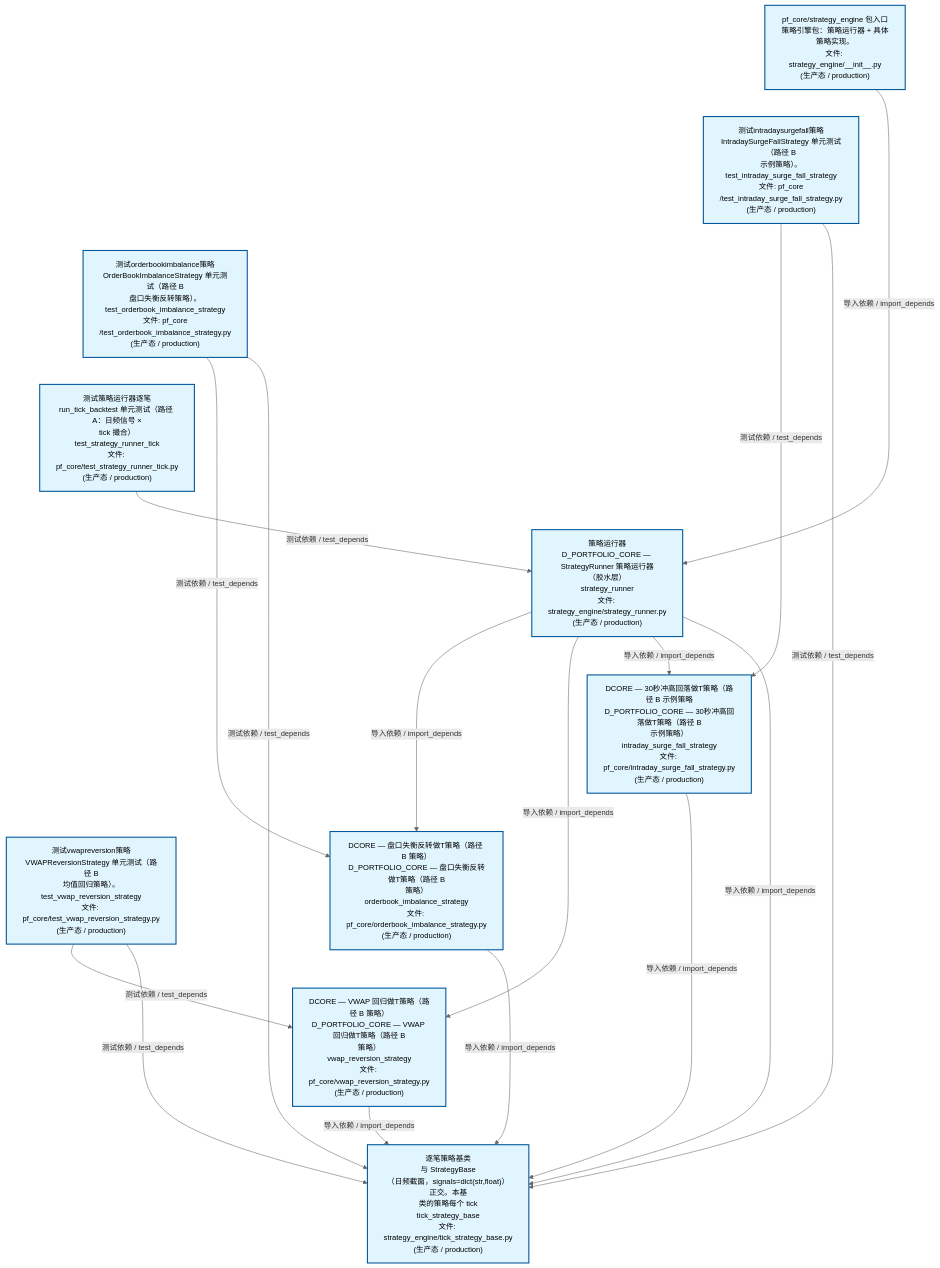
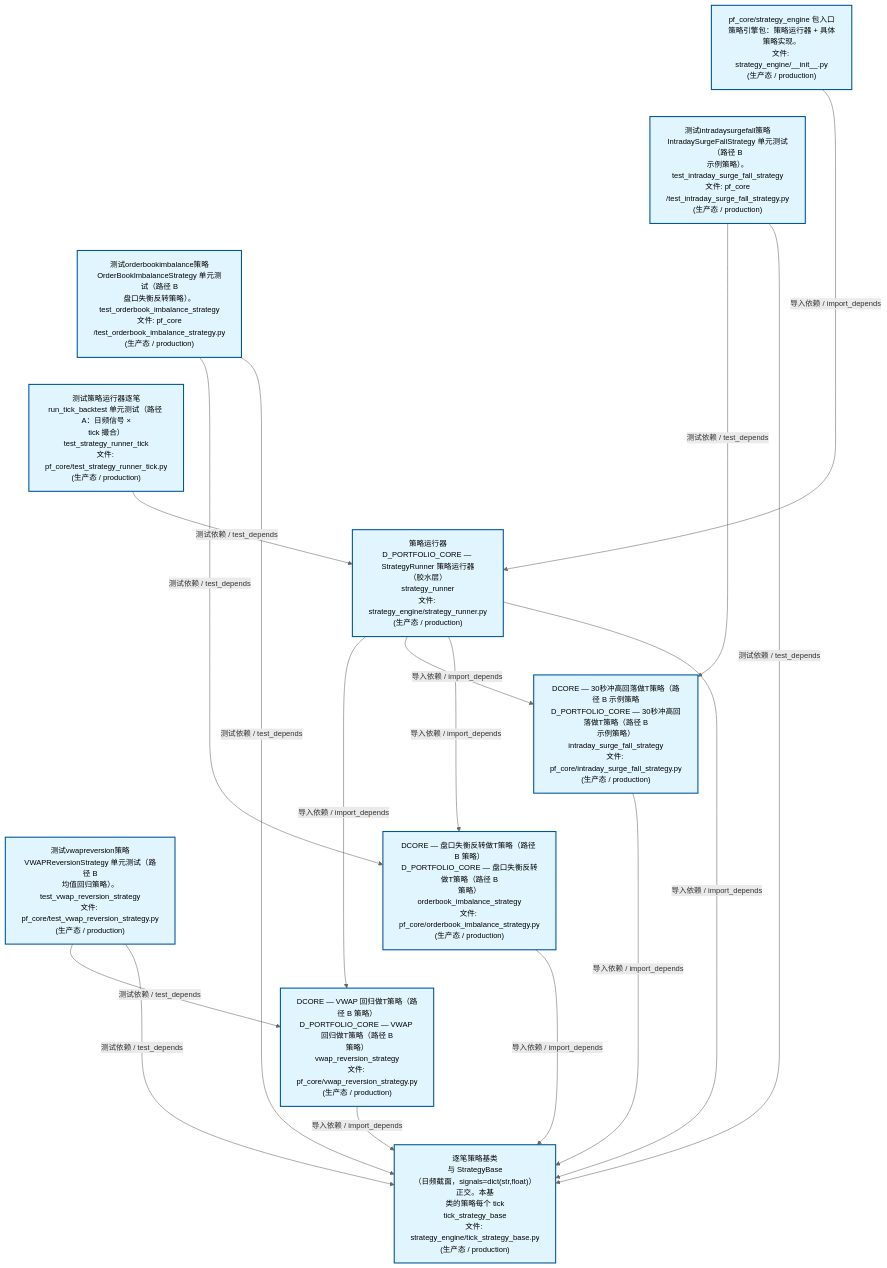
One commit to xuanFelixVan/ZephyrAlpha changed the second of 4 diagrams in docs/02_enterprise_architecture/02_domain_architecture_docs/63_d_pf_core.md. Above: the diagram before and after it, drawn with Mermaid. The commit also changed other lines of this file and 37 other files, not shown here.

````diff
--- a/docs/02_enterprise_architecture/02_domain_architecture_docs/63_d_pf_core.md
+++ b/docs/02_enterprise_architecture/02_domain_architecture_docs/63_d_pf_core.md
@@ -135,40 +135,40 @@
 ```mermaid
 %%{init: {'theme': 'base', 'themeVariables': {'primaryColor': '#eaeaea', 'primaryTextColor': '#333333', 'primaryBorderColor': '#666666', 'lineColor': '#666666', 'secondaryColor': '#eaeaea', 'tertiaryColor': '#eaeaea', 'fontSize': '14px'}}}%%
 flowchart TD
     src_zephyr_pf_core_strategy_engine_init_py["pf_core/strategy_engine 包入口<br/>策略引擎包：策略运行器 + 具体策略实现。<br/>文件: strategy_engine/__init__.py<br/>(生产态 / production)"]
     tests_pf_core_test_intraday_surge_fall_strategy_py["测试intradaysurgefall策略<br/>IntradaySurgeFallStrategy 单元测试（路径 B<br/>示例策略）。<br/>test_intraday_surge_fall_strategy<br/>文件: pf_core<br/>/test_intraday_surge_fall_strategy.py<br/>(生产态 / production)"]
     tests_pf_core_test_orderbook_imbalance_strategy_py["测试orderbookimbalance策略<br/>OrderBookImbalanceStrategy 单元测试（路径 B<br/>盘口失衡反转策略）。<br/>test_orderbook_imbalance_strategy<br/>文件: pf_core<br/>/test_orderbook_imbalance_strategy.py<br/>(生产态 / production)"]
     tests_pf_core_test_strategy_runner_tick_py["测试策略运行器逐笔<br/>run_tick_backtest 单元测试（路径 A：日频信号 ×<br/>tick 撮合）<br/>test_strategy_runner_tick<br/>文件: pf_core/test_strategy_runner_tick.py<br/>(生产态 / production)"]
     tests_pf_core_test_vwap_reversion_strategy_py["测试vwapreversion策略<br/>VWAPReversionStrategy 单元测试（路径 B<br/>均值回归策略）。<br/>test_vwap_reversion_strategy<br/>文件: pf_core/test_vwap_reversion_strategy.py<br/>(生产态 / production)"]
     src_zephyr_pf_core_strategy_engine_init_py ~~~ tests_pf_core_test_intraday_surge_fall_strategy_py
     tests_pf_core_test_intraday_surge_fall_strategy_py ~~~ tests_pf_core_test_orderbook_imbalance_strategy_py
     tests_pf_core_test_orderbook_imbalance_strategy_py ~~~ tests_pf_core_test_strategy_runner_tick_py
     tests_pf_core_test_strategy_runner_tick_py ~~~ tests_pf_core_test_vwap_reversion_strategy_py
     src_zephyr_pf_core_strategy_engine_strategy_runner_py["策略运行器<br/>D_PORTFOLIO_CORE — StrategyRunner 策略运行器<br/>（胶水层）<br/>strategy_runner<br/>文件: strategy_engine/strategy_runner.py<br/>(生产态 / production)"]
     src_zephyr_pf_core_intraday_surge_fall_strategy_py["DCORE — 30秒冲高回落做T策略（路径 B 示例策略<br/>D_PORTFOLIO_CORE — 30秒冲高回落做T策略（路径 B<br/>示例策略）<br/>intraday_surge_fall_strategy<br/>文件: pf_core/intraday_surge_fall_strategy.py<br/>(生产态 / production)"]
     src_zephyr_pf_core_orderbook_imbalance_strategy_py["DCORE — 盘口失衡反转做T策略（路径 B 策略）<br/>D_PORTFOLIO_CORE — 盘口失衡反转做T策略（路径 B<br/>策略）<br/>orderbook_imbalance_strategy<br/>文件: pf_core/orderbook_imbalance_strategy.py<br/>(生产态 / production)"]
     src_zephyr_pf_core_vwap_reversion_strategy_py["DCORE — VWAP 回归做T策略（路径 B 策略）<br/>D_PORTFOLIO_CORE — VWAP 回归做T策略（路径 B<br/>策略）<br/>vwap_reversion_strategy<br/>文件: pf_core/vwap_reversion_strategy.py<br/>(生产态 / production)"]
     src_zephyr_pf_core_intraday_surge_fall_strategy_py ~~~ src_zephyr_pf_core_orderbook_imbalance_strategy_py
     src_zephyr_pf_core_orderbook_imbalance_strategy_py ~~~ src_zephyr_pf_core_vwap_reversion_strategy_py
     src_zephyr_pf_core_strategy_engine_tick_strategy_base_py["逐笔策略基类<br/>与 StrategyBase<br/>（日频截面，signals=dict(str,float)）正交。本基<br/>类的策略每个 tick<br/>tick_strategy_base<br/>文件: strategy_engine/tick_strategy_base.py<br/>(生产态 / production)"]
-    src_zephyr_pf_core_orderbook_imbalance_strategy_py -->|导入依赖 / import_depends| src_zephyr_pf_core_strategy_engine_tick_strategy_base_py
     src_zephyr_pf_core_vwap_reversion_strategy_py -->|导入依赖 / import_depends| src_zephyr_pf_core_strategy_engine_tick_strategy_base_py
     src_zephyr_pf_core_intraday_surge_fall_strategy_py -->|导入依赖 / import_depends| src_zephyr_pf_core_strategy_engine_tick_strategy_base_py
-    src_zephyr_pf_core_strategy_engine_strategy_runner_py -->|导入依赖 / import_depends| src_zephyr_pf_core_orderbook_imbalance_strategy_py
+    src_zephyr_pf_core_orderbook_imbalance_strategy_py -->|导入依赖 / import_depends| src_zephyr_pf_core_strategy_engine_tick_strategy_base_py
     src_zephyr_pf_core_strategy_engine_strategy_runner_py -->|导入依赖 / import_depends| src_zephyr_pf_core_vwap_reversion_strategy_py
     src_zephyr_pf_core_strategy_engine_strategy_runner_py -->|导入依赖 / import_depends| src_zephyr_pf_core_intraday_surge_fall_strategy_py
+    src_zephyr_pf_core_strategy_engine_strategy_runner_py -->|导入依赖 / import_depends| src_zephyr_pf_core_orderbook_imbalance_strategy_py
     src_zephyr_pf_core_strategy_engine_strategy_runner_py -->|导入依赖 / import_depends| src_zephyr_pf_core_strategy_engine_tick_strategy_base_py
     src_zephyr_pf_core_strategy_engine_init_py -->|导入依赖 / import_depends| src_zephyr_pf_core_strategy_engine_strategy_runner_py
+    tests_pf_core_test_intraday_surge_fall_strategy_py -->|测试依赖 / test_depends| src_zephyr_pf_core_intraday_surge_fall_strategy_py
+    tests_pf_core_test_intraday_surge_fall_strategy_py -->|测试依赖 / test_depends| src_zephyr_pf_core_strategy_engine_tick_strategy_base_py
     tests_pf_core_test_orderbook_imbalance_strategy_py -->|测试依赖 / test_depends| src_zephyr_pf_core_orderbook_imbalance_strategy_py
     tests_pf_core_test_orderbook_imbalance_strategy_py -->|测试依赖 / test_depends| src_zephyr_pf_core_strategy_engine_tick_strategy_base_py
-    tests_pf_core_test_intraday_surge_fall_strategy_py -->|测试依赖 / test_depends| src_zephyr_pf_core_intraday_surge_fall_strategy_py
-    tests_pf_core_test_intraday_surge_fall_strategy_py -->|测试依赖 / test_depends| src_zephyr_pf_core_strategy_engine_tick_strategy_base_py
     tests_pf_core_test_vwap_reversion_strategy_py -->|测试依赖 / test_depends| src_zephyr_pf_core_vwap_reversion_strategy_py
     tests_pf_core_test_vwap_reversion_strategy_py -->|测试依赖 / test_depends| src_zephyr_pf_core_strategy_engine_tick_strategy_base_py
     tests_pf_core_test_strategy_runner_tick_py -->|测试依赖 / test_depends| src_zephyr_pf_core_strategy_engine_strategy_runner_py
     classDef production fill:#e1f5fe,stroke:#01579b,stroke-width:2px,color:#000
     classDef design fill:#fff3e0,stroke:#e65100,stroke-width:2px,color:#000,stroke-dasharray: 5 5
     classDef external_prod fill:#e8f4fd,stroke:#0277bd,stroke-width:1px,color:#000
     classDef external_design fill:#fff8e7,stroke:#ef6c00,stroke-width:1px,color:#000,stroke-dasharray: 5 5
     class src_zephyr_pf_core_intraday_surge_fall_strategy_py,src_zephyr_pf_core_orderbook_imbalance_strategy_py,src_zephyr_pf_core_strategy_engine_init_py,src_zephyr_pf_core_strategy_engine_strategy_runner_py,src_zephyr_pf_core_strategy_engine_tick_strategy_base_py,src_zephyr_pf_core_vwap_reversion_strategy_py,tests_pf_core_test_intraday_surge_fall_strategy_py,tests_pf_core_test_orderbook_imbalance_strategy_py,tests_pf_core_test_strategy_runner_tick_py,tests_pf_core_test_vwap_reversion_strategy_py production
 ```
````
